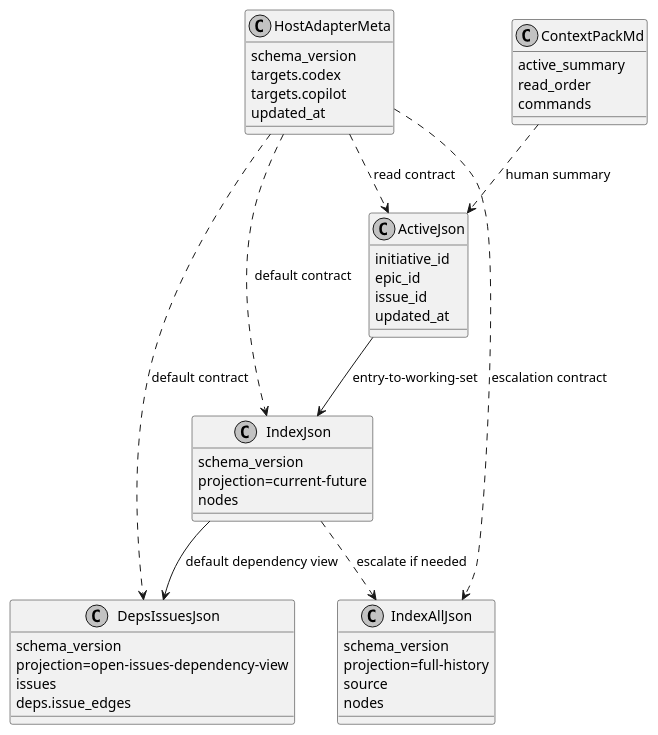
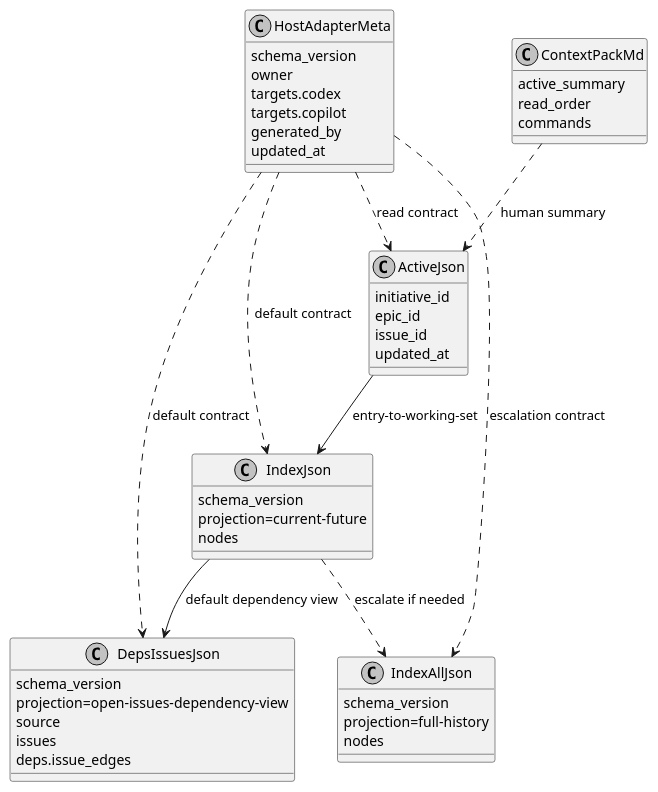
One commit to chemitaro/spec-dock changed the second of 3 diagrams in spec-dock/initiatives/init-local-00002-prototype-feature-expansion/epics/epic-00048-agent-facing-interface-hardening-and-host-adapter-scaffolding/design.md. Above: the diagram before and after it, drawn with PlantUML. The commit also changed other lines of this file and 5 other files, not shown here.

````diff
--- a/spec-dock/initiatives/init-local-00002-prototype-feature-expansion/epics/epic-00048-agent-facing-interface-hardening-and-host-adapter-scaffolding/design.md
+++ b/spec-dock/initiatives/init-local-00002-prototype-feature-expansion/epics/epic-00048-agent-facing-interface-hardening-and-host-adapter-scaffolding/design.md
@@ -154,54 +165,56 @@
 ```plantuml
 @startuml
 skinparam monochrome true
 
 class ActiveJson {
   initiative_id
   epic_id
   issue_id
   updated_at
 }
 
 class IndexJson {
   schema_version
   projection=current-future
   nodes
 }
 
 class DepsIssuesJson {
   schema_version
   projection=open-issues-dependency-view
+  source
   issues
   deps.issue_edges
 }
 
 class IndexAllJson {
   schema_version
   projection=full-history
-  source
   nodes
 }
 
 class ContextPackMd {
   active_summary
   read_order
   commands
 }
 
 class HostAdapterMeta {
   schema_version
+  owner
   targets.codex
   targets.copilot
+  generated_by
   updated_at
 }
 
 ActiveJson --> IndexJson : entry-to-working-set
 IndexJson --> DepsIssuesJson : default dependency view
 IndexJson ..> IndexAllJson : escalate if needed
 ContextPackMd ..> ActiveJson : human summary
 HostAdapterMeta ..> ActiveJson : read contract
 HostAdapterMeta ..> IndexJson : default contract
 HostAdapterMeta ..> DepsIssuesJson : default contract
 HostAdapterMeta ..> IndexAllJson : escalation contract
 @enduml
 ```
````
